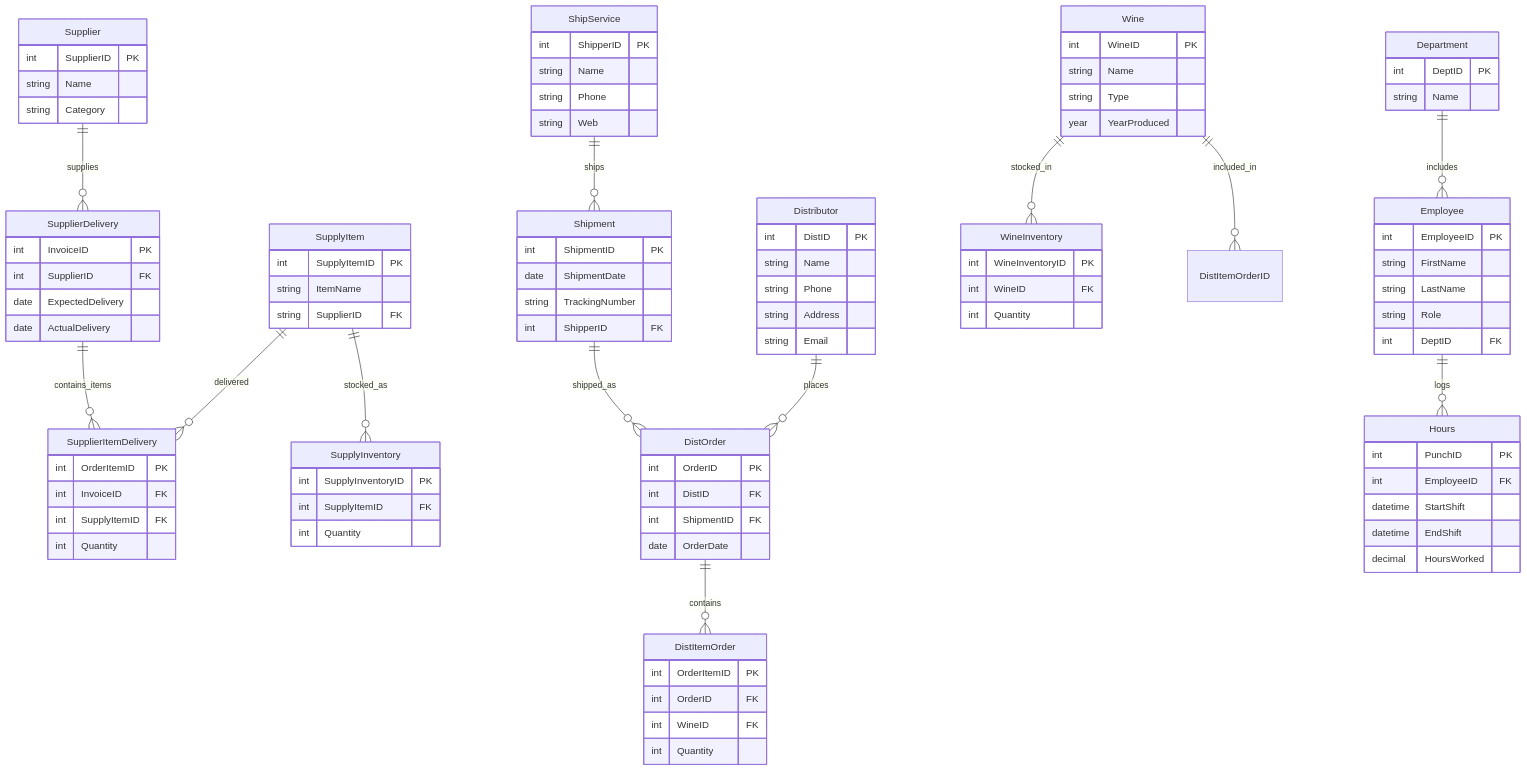
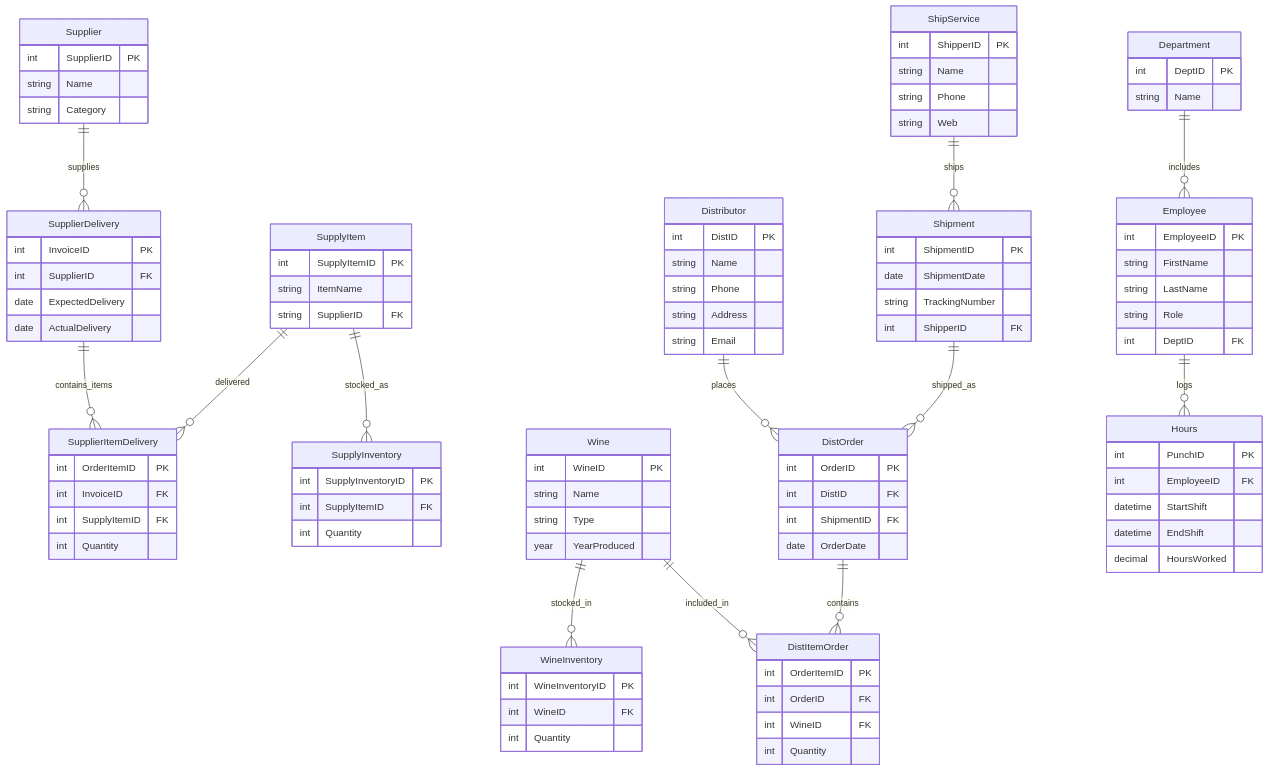
The diagram in Final_Project/ERD.mmd (BobbyJoeCool/CSD310-BlueTeam), drawn with Mermaid before and after one commit.

Commit message:
MMD Update

```diff
--- a/Final_Project/ERD.mmd
+++ b/Final_Project/ERD.mmd
@@ -1,135 +1,135 @@
 erDiagram
     direction TB
 
     %% Supplier Tables
 
     Supplier {
         int SupplierID PK
         string Name
         string Category
     }
 
     SupplierDelivery {
         int InvoiceID PK
         int SupplierID FK
         date ExpectedDelivery
         date ActualDelivery
     }
 
     SupplyItem {
         int SupplyItemID PK
         string ItemName
         string SupplierID FK
     }
 
     SupplyInventory {
         int SupplyInventoryID PK
         int SupplyItemID FK
         int Quantity
     }
 
     SupplierItemDelivery {
         int OrderItemID PK
         int InvoiceID FK
         int SupplyItemID FK
         int Quantity
     }
 
 
     %% Wine TABLES
 
     WineInventory {
         int WineInventoryID PK
         int WineID FK
         int Quantity
     }
 
     Wine {
         int WineID PK
         string Name
         string Type
         year YearProduced
     }
 
 
     %% DISTRIBUTOR TABLES
 
     Distributor {
         int DistID PK
         string Name
         string Phone
         string Address
         string Email
     }
 
     DistOrder {
         int OrderID PK
         int DistID FK
         int ShipmentID FK
         date OrderDate
     }
 
     DistItemOrder {
         int OrderItemID PK
         int OrderID FK
         int WineID FK
         int Quantity
     }
 
     ShipService {
         int ShipperID PK
         string Name
         string Phone
         string Web
     }
 
     Shipment {
         int ShipmentID PK
         date ShipmentDate
         string TrackingNumber
         int ShipperID FK
     }
 
 
     %% Employee Tables
 
     Department {
         int DeptID PK
         string Name
     }
 
     Employee {
         int EmployeeID PK
         string FirstName
         string LastName
         string Role
         int DeptID FK
     }
 
     Hours {
         int PunchID PK
         int EmployeeID FK
         datetime StartShift
         datetime EndShift
         decimal HoursWorked
     }
 
 
     %% RELATIONSHIPS
     
     Supplier ||--o{ SupplierDelivery : supplies
     SupplierDelivery ||--o{ SupplierItemDelivery : contains_items
     SupplyItem ||--o{ SupplierItemDelivery : delivered
     SupplyItem ||--o{ SupplyInventory : stocked_as
 
     Wine ||--o{ WineInventory : stocked_in
-    Wine ||--o{ DistItemOrderID : included_in
+    Wine ||--o{ DistItemOrder : included_in
 
     Department ||--o{ Employee : includes
     Employee ||--o{ Hours : logs
 
     Distributor ||--o{ DistOrder : places
     DistOrder ||--o{ DistItemOrder : contains
 
     Shipment ||--o{ DistOrder : shipped_as
     ShipService ||--o{ Shipment : ships
```
